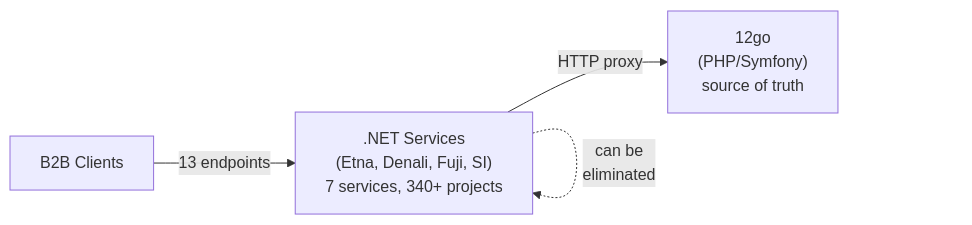
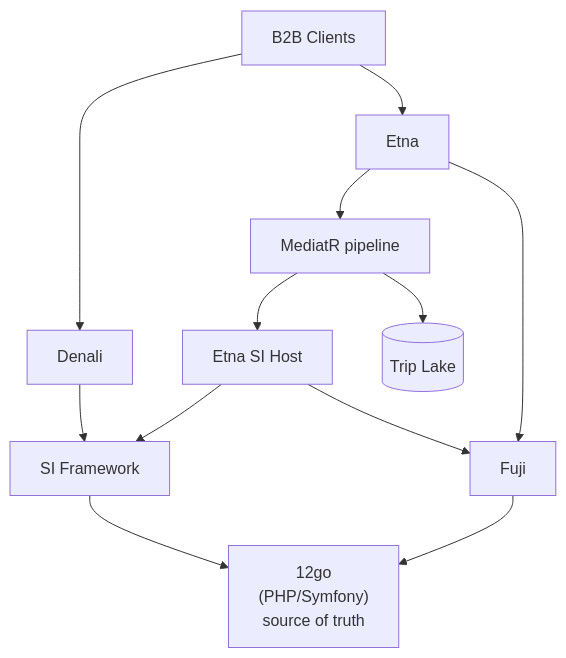
One commit to sosotravelier/tc-transition-to-12go changed the first of 6 diagrams in presentation/meeting-brief.md. Above: the diagram before and after it, drawn with Mermaid.

Commit message:
Refine context diagram: add call flow, Fuji, and Trip Lake
- Show B2B clients calling Denali and Etna
- Denali → SI Framework → 12go
- Etna → MediatR pipeline → Etna SI Host → SI Framework → 12go
- Add Fuji calls from Etna and Etna SI Host
- Add Trip Lake (database shape) with arrow from MediatR pipeline

Made-with: Cursor

````diff
--- a/presentation/meeting-brief.md
+++ b/presentation/meeting-brief.md
@@ -11,6 +11,26 @@
 ```mermaid
-flowchart LR
-    Client["B2B Clients"] -->|"13 endpoints"| NET[".NET Services\n(Etna, Denali, Fuji, SI)\n7 services, 340+ projects"]
-    NET -->|"HTTP proxy"| TG["12go\n(PHP/Symfony)\nsource of truth"]
-    NET -.->|"can be\neliminated"| NET
+flowchart TB
+    Client["B2B Clients"]
+
+    Denali["Denali"]
+    Etna["Etna"]
+
+    MediatR["MediatR pipeline"]
+    SIHost["Etna SI Host"]
+    Fuji["Fuji"]
+    SI["SI Framework"]
+    TripLake[(Trip Lake)]
+    TG["12go\n(PHP/Symfony)\nsource of truth"]
+
+    Client --> Denali
+    Client --> Etna
+    Denali --> SI
+    Etna --> MediatR
+    Etna --> Fuji
+    MediatR --> SIHost
+    MediatR --> TripLake
+    SIHost --> SI
+    SIHost --> Fuji
+    SI --> TG
+    Fuji --> TG
 ```
````
